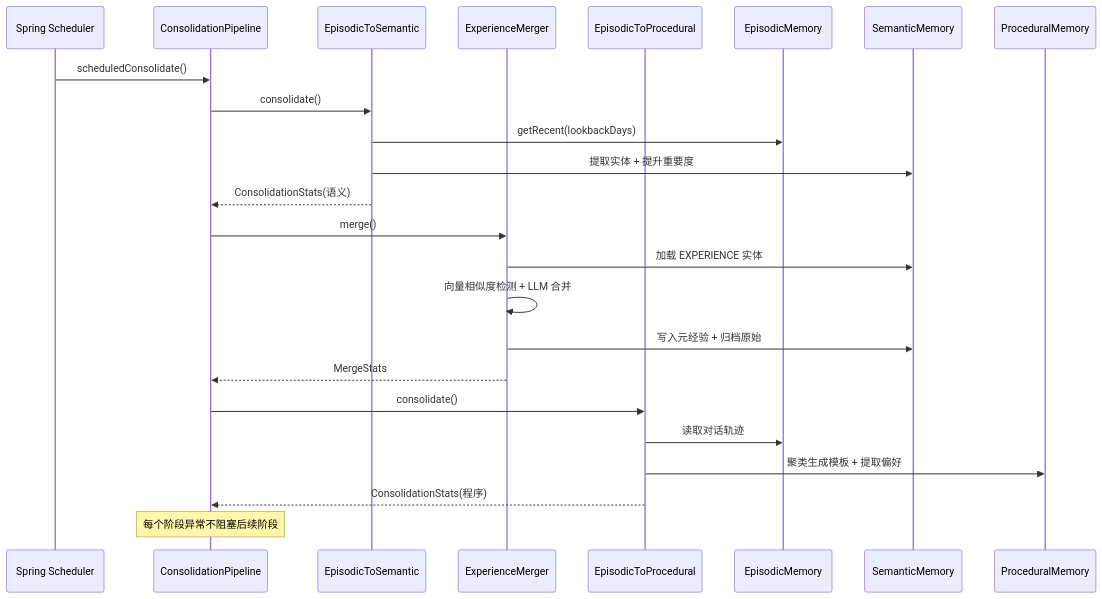
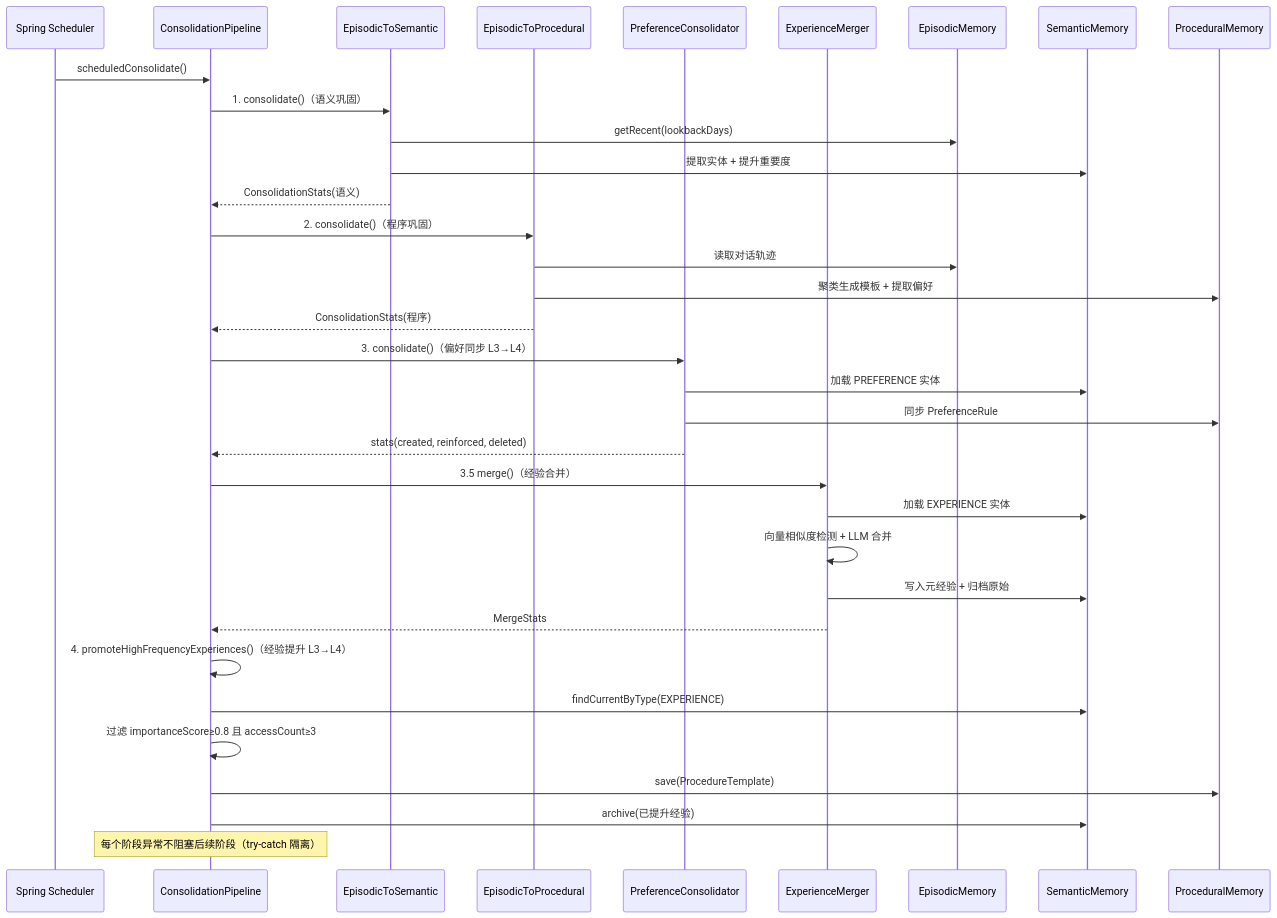
Before and after one commit to ntygod/LifePilot: the second of 3 diagrams in docs/architecture/memory-advanced.md, drawn with Mermaid. The commit also changed other lines of this file and 4 other files, not shown here.

````diff
--- a/docs/architecture/memory-advanced.md
+++ b/docs/architecture/memory-advanced.md
@@ -142,30 +143,43 @@
 ```mermaid
 sequenceDiagram
     participant SCH as Spring Scheduler
     participant CP as ConsolidationPipeline
     participant E2S as EpisodicToSemantic
+    participant E2P as EpisodicToProcedural
+    participant PrefCon as PreferenceConsolidator
     participant EM_M as ExperienceMerger
-    participant E2P as EpisodicToProcedural
     participant EM as EpisodicMemory
     participant SM as SemanticMemory
     participant PM as ProceduralMemory
 
     SCH->>CP: scheduledConsolidate()
-    CP->>E2S: consolidate()
+
+    CP->>E2S: 1. consolidate()（语义巩固）
     E2S->>EM: getRecent(lookbackDays)
     E2S->>SM: 提取实体 + 提升重要度
     E2S-->>CP: ConsolidationStats(语义)
 
-    CP->>EM_M: merge()
+    CP->>E2P: 2. consolidate()（程序巩固）
+    E2P->>EM: 读取对话轨迹
+    E2P->>PM: 聚类生成模板 + 提取偏好
+    E2P-->>CP: ConsolidationStats(程序)
+
+    CP->>PrefCon: 3. consolidate()（偏好同步 L3→L4）
+    PrefCon->>SM: 加载 PREFERENCE 实体
+    PrefCon->>PM: 同步 PreferenceRule
+    PrefCon-->>CP: stats(created, reinforced, deleted)
+
+    CP->>EM_M: 3.5 merge()（经验合并）
     EM_M->>SM: 加载 EXPERIENCE 实体
     EM_M->>EM_M: 向量相似度检测 + LLM 合并
     EM_M->>SM: 写入元经验 + 归档原始
     EM_M-->>CP: MergeStats
 
-    CP->>E2P: consolidate()
-    E2P->>EM: 读取对话轨迹
-    E2P->>PM: 聚类生成模板 + 提取偏好
-    E2P-->>CP: ConsolidationStats(程序)
+    CP->>CP: 4. promoteHighFrequencyExperiences()（经验提升 L3→L4）
+    CP->>SM: findCurrentByType(EXPERIENCE)
+    CP->>CP: 过滤 importanceScore≥0.8 且 accessCount≥3
+    CP->>PM: save(ProcedureTemplate)
+    CP->>SM: archive(已提升经验)
 
-    Note over CP: 每个阶段异常不阻塞后续阶段
+    Note over CP: 每个阶段异常不阻塞后续阶段（try-catch 隔离）
 ```
````
